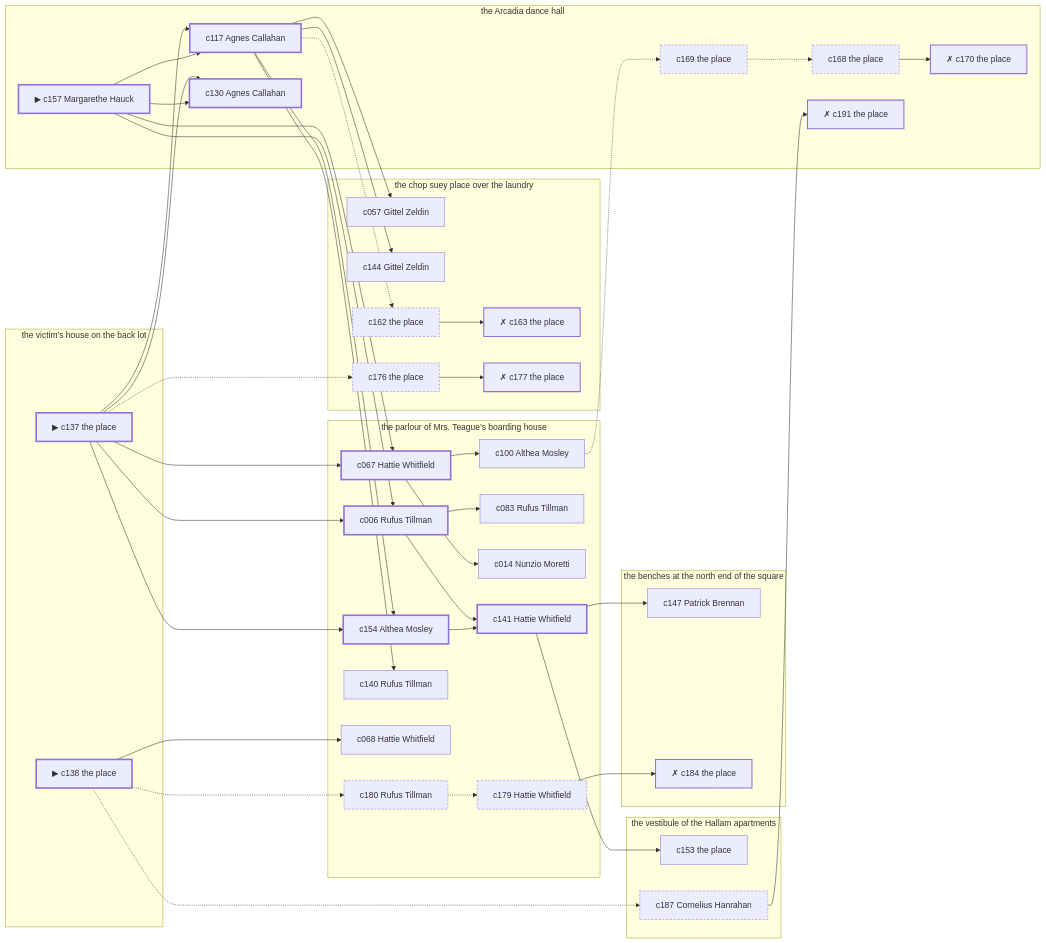
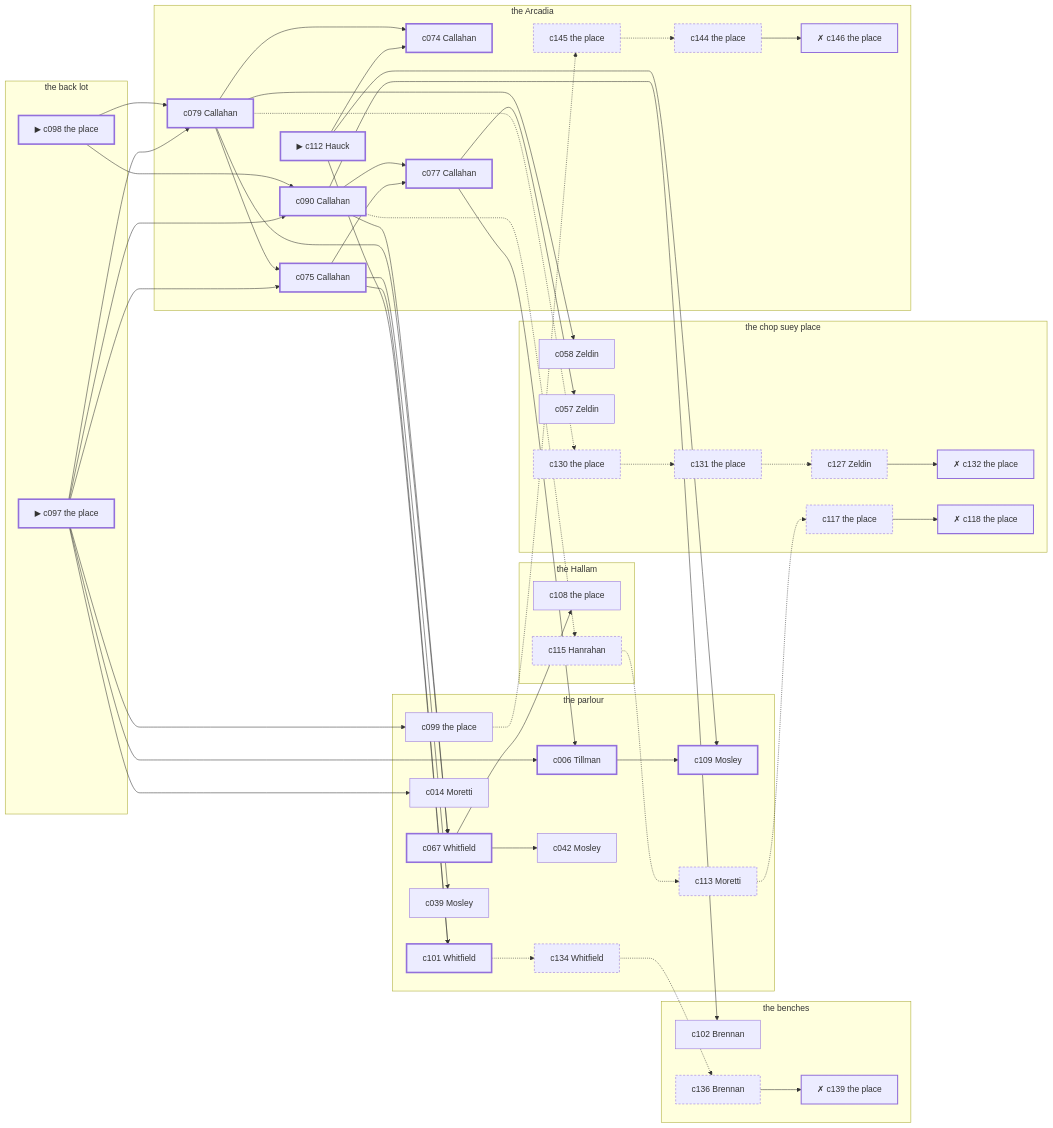
The diagram in docs/samples/case-13.md (lyamshin/dashiell), drawn with Mermaid before and after one commit. The commit also changed other lines of this file and 60 other files, not shown here.

````diff
--- a/docs/samples/case-13.md
+++ b/docs/samples/case-13.md
@@ -306,86 +318,97 @@
 ```mermaid
 graph LR
-  subgraph P1["the victim’s house on the back lot"]
-    c137["▶ c137 the place"]
-    c138["▶ c138 the place"]
+  subgraph P1["the back lot"]
+    c097["▶ c097 the place"]
+    c098["▶ c098 the place"]
   end
-  subgraph P2["the benches at the north end of the square"]
-    c147["c147 Patrick Brennan"]
-    c184["✗ c184 the place"]
+  subgraph P2["the benches"]
+    c102["c102 Brennan"]
+    c136["c136 Brennan"]
+    c139["✗ c139 the place"]
   end
-  subgraph P3["the chop suey place over the laundry"]
-    c057["c057 Gittel Zeldin"]
-    c144["c144 Gittel Zeldin"]
-    c162["c162 the place"]
-    c163["✗ c163 the place"]
-    c176["c176 the place"]
-    c177["✗ c177 the place"]
+  subgraph P3["the chop suey place"]
+    c058["c058 Zeldin"]
+    c057["c057 Zeldin"]
+    c130["c130 the place"]
+    c131["c131 the place"]
+    c127["c127 Zeldin"]
+    c132["✗ c132 the place"]
+    c117["c117 the place"]
+    c118["✗ c118 the place"]
   end
-  subgraph P4["the vestibule of the Hallam apartments"]
-    c153["c153 the place"]
-    c187["c187 Cornelius Hanrahan"]
+  subgraph P4["the Hallam"]
+    c108["c108 the place"]
+    c115["c115 Hanrahan"]
   end
-  subgraph P5["the parlour of Mrs. Teague’s boarding house"]
-    c006["c006 Rufus Tillman"]
-    c154["c154 Althea Mosley"]
-    c067["c067 Hattie Whitfield"]
-    c141["c141 Hattie Whitfield"]
-    c083["c083 Rufus Tillman"]
-    c014["c014 Nunzio Moretti"]
-    c100["c100 Althea Mosley"]
-    c140["c140 Rufus Tillman"]
-    c068["c068 Hattie Whitfield"]
-    c180["c180 Rufus Tillman"]
-    c179["c179 Hattie Whitfield"]
+  subgraph P5["the parlour"]
+    c101["c101 Whitfield"]
+    c006["c006 Tillman"]
+    c109["c109 Mosley"]
+    c067["c067 Whitfield"]
+    c014["c014 Moretti"]
+    c099["c099 the place"]
+    c039["c039 Mosley"]
+    c042["c042 Mosley"]
+    c113["c113 Moretti"]
+    c134["c134 Whitfield"]
   end
-  subgraph P6["the Arcadia dance hall"]
-    c157["▶ c157 Margarethe Hauck"]
-    c117["c117 Agnes Callahan"]
-    c130["c130 Agnes Callahan"]
-    c169["c169 the place"]
-    c168["c168 the place"]
-    c170["✗ c170 the place"]
-    c191["✗ c191 the place"]
+  subgraph P6["the Arcadia"]
+    c112["▶ c112 Hauck"]
+    c079["c079 Callahan"]
+    c075["c075 Callahan"]
+    c074["c074 Callahan"]
+    c090["c090 Callahan"]
+    c077["c077 Callahan"]
+    c145["c145 the place"]
+    c144["c144 the place"]
+    c146["✗ c146 the place"]
   end
-  c137 --> c117
-  c137 --> c130
-  c137 --> c006
-  c137 --> c154
-  c137 --> c067
-  c137 -.-> c176
-  c138 --> c068
-  c138 -.-> c187
-  c138 -.-> c180
-  c157 --> c117
-  c157 --> c130
-  c157 --> c006
-  c157 --> c067
-  c117 --> c154
-  c117 --> c057
-  c117 --> c144
-  c117 --> c140
-  c117 -.-> c162
-  c006 --> c141
-  c006 --> c083
-  c154 --> c141
-  c067 --> c014
-  c067 --> c100
-  c141 --> c153
-  c141 --> c147
-  c100 -.-> c169
-  c162 --> c163
-  c169 -.-> c168
-  c168 --> c170
-  c187 --> c191
-  c180 -.-> c179
-  c179 --> c184
-  c176 --> c177
+  c097 --> c079
+  c097 --> c075
+  c097 --> c090
+  c097 --> c006
+  c097 --> c014
+  c097 --> c099
+  c098 --> c079
+  c098 --> c090
+  c112 --> c074
+  c112 --> c101
+  c112 --> c109
+  c079 --> c075
+  c079 --> c074
+  c079 --> c067
+  c079 --> c058
+  c079 -.-> c130
+  c075 --> c077
+  c075 --> c101
+  c075 --> c039
+  c090 --> c077
+  c090 --> c067
+  c090 --> c102
+  c090 -.-> c115
+  c077 --> c006
+  c077 --> c057
+  c101 -.-> c134
+  c006 --> c109
+  c067 --> c108
+  c067 --> c042
+  c099 -.-> c145
+  c130 -.-> c131
+  c131 -.-> c127
+  c127 --> c132
+  c115 -.-> c113
+  c113 -.-> c117
+  c117 --> c118
+  c145 -.-> c144
+  c144 --> c146
+  c134 -.-> c136
+  c136 --> c139
   classDef spine stroke-width:3px;
   classDef corrob stroke-width:1px;
   classDef noise stroke-dasharray: 4 3;
   classDef disq stroke-width:2px,stroke-dasharray: 1 0;
-  class c137,c138,c157,c117,c130,c006,c154,c067,c141 spine;
-  class c083,c153,c147,c057,c144,c014,c100,c140,c068 corrob;
-  class c162,c169,c168,c187,c180,c179,c176 noise;
-  class c163,c170,c191,c184,c177 disq;
+  class c097,c098,c112,c079,c075,c074,c090,c077,c101,c006,c109,c067 spine;
+  class c108,c102,c014,c099,c058,c039,c042,c057 corrob;
+  class c130,c131,c127,c115,c113,c117,c145,c144,c134,c136 noise;
+  class c132,c118,c146,c139 disq;
 ```
````
